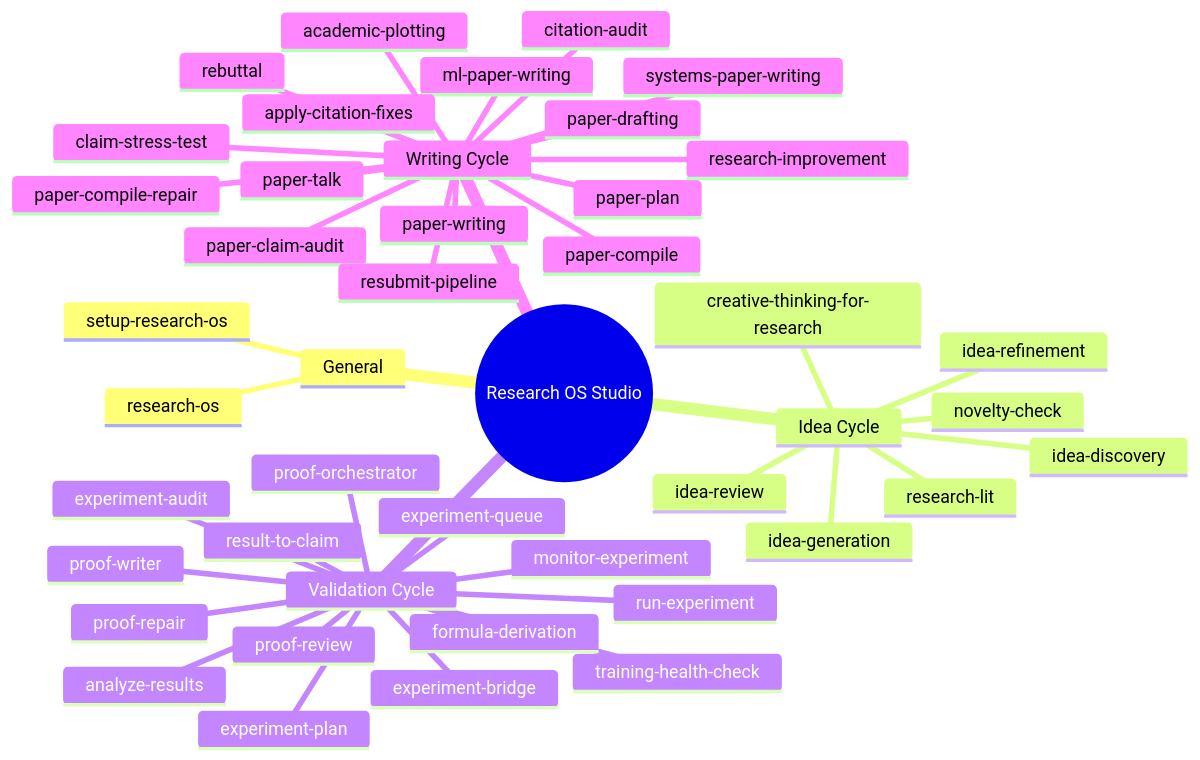
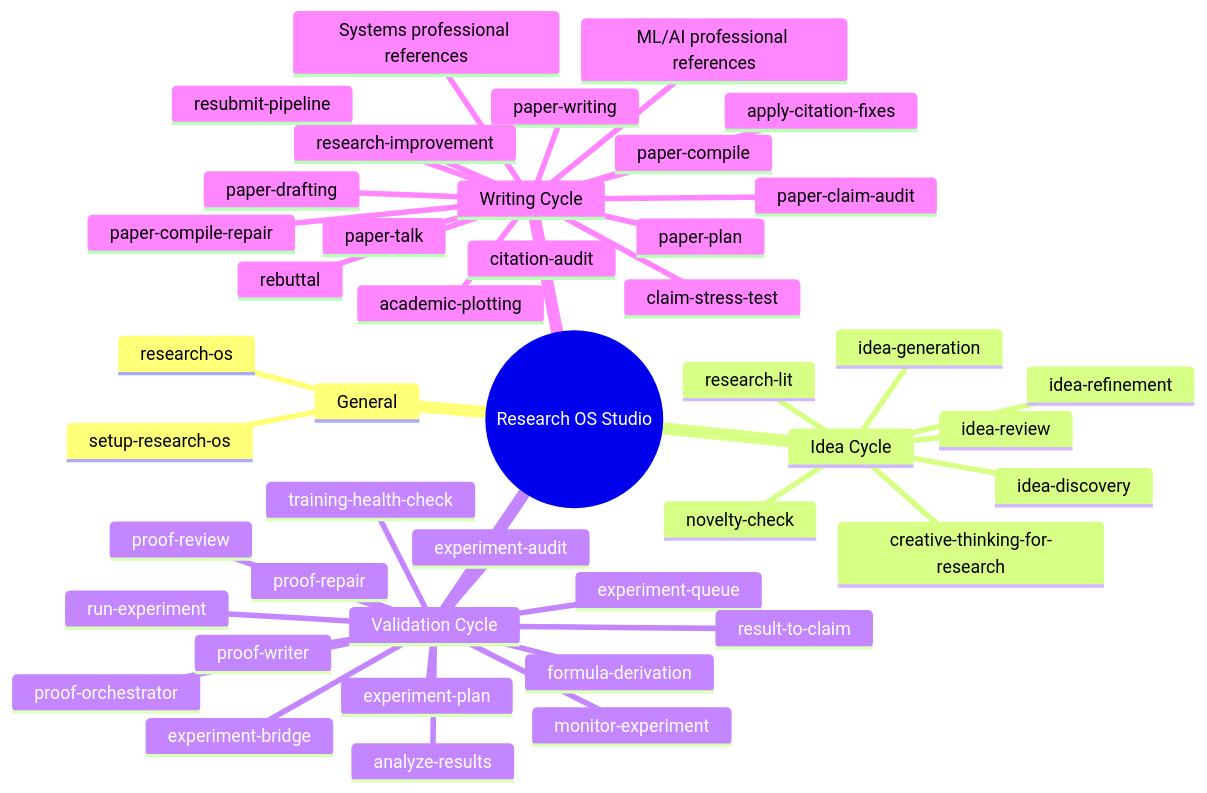
The second of 3 diagrams in docs/assets/workflow-diagrams.md (toRolex/Research-OS-Studio), drawn with Mermaid before and after one commit. The commit also changed 43 other files, not shown here.

Commit message:
refactor(writing): consolidate ML and Systems resources

````diff
--- a/docs/assets/workflow-diagrams.md
+++ b/docs/assets/workflow-diagrams.md
@@ -51,47 +51,47 @@
 ```mermaid
 mindmap
   root((Research OS Studio))
     General
       setup-research-os
       research-os
     Idea Cycle
       idea-discovery
       research-lit
       idea-generation
       creative-thinking-for-research
       novelty-check
       idea-review
       idea-refinement
     Validation Cycle
       experiment-plan
       experiment-bridge
       run-experiment
       experiment-queue
       monitor-experiment
       training-health-check
       analyze-results
       experiment-audit
       result-to-claim
       formula-derivation
       proof-writer
       proof-review
       proof-repair
       proof-orchestrator
     Writing Cycle
       paper-writing
-      ml-paper-writing
-      systems-paper-writing
+      ML/AI professional references
+      Systems professional references
       paper-plan
       paper-drafting
       academic-plotting
       paper-compile
       paper-compile-repair
       citation-audit
       apply-citation-fixes
       paper-claim-audit
       claim-stress-test
       research-improvement
       rebuttal
       resubmit-pipeline
       paper-talk
 ```
````
